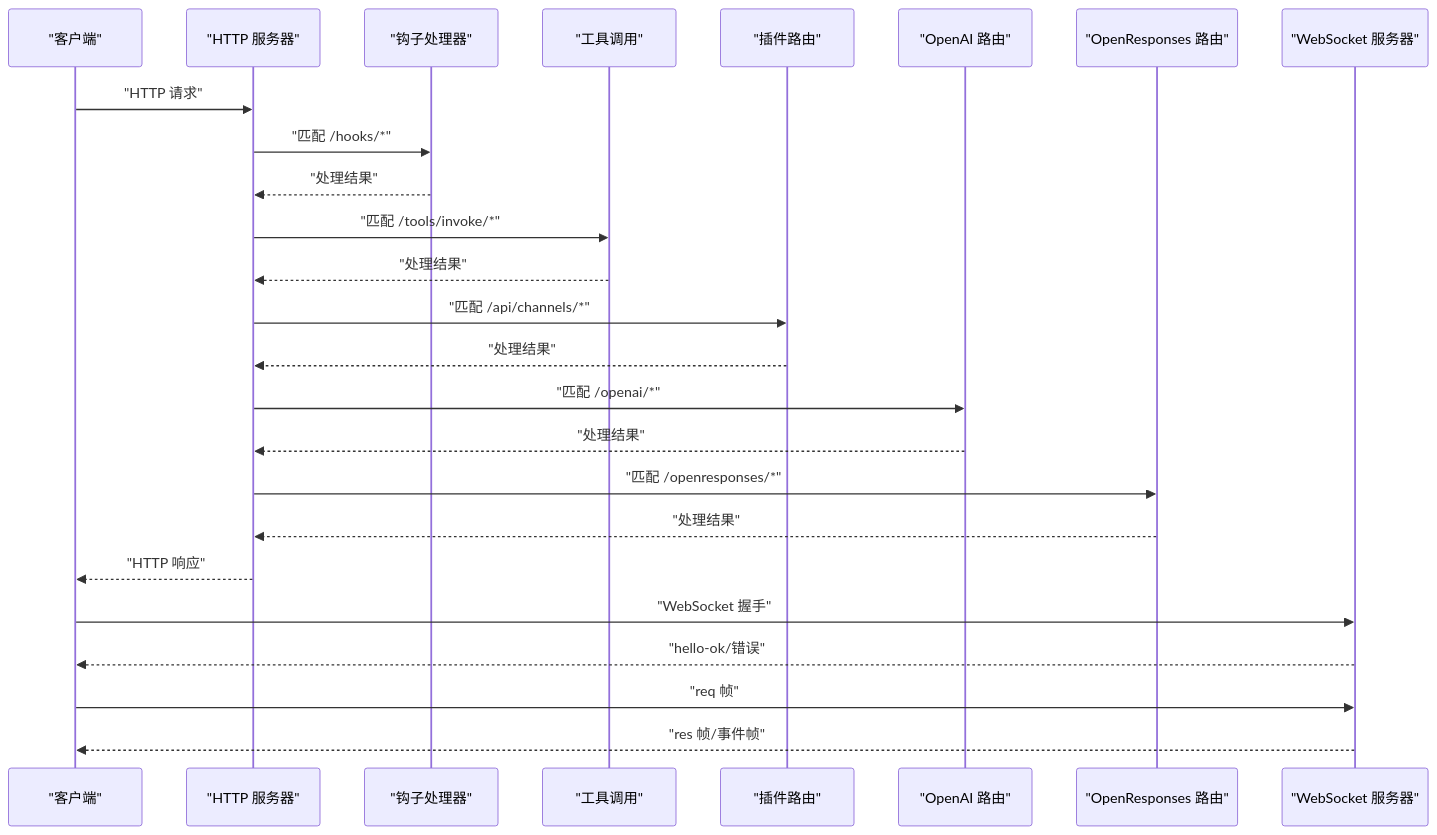
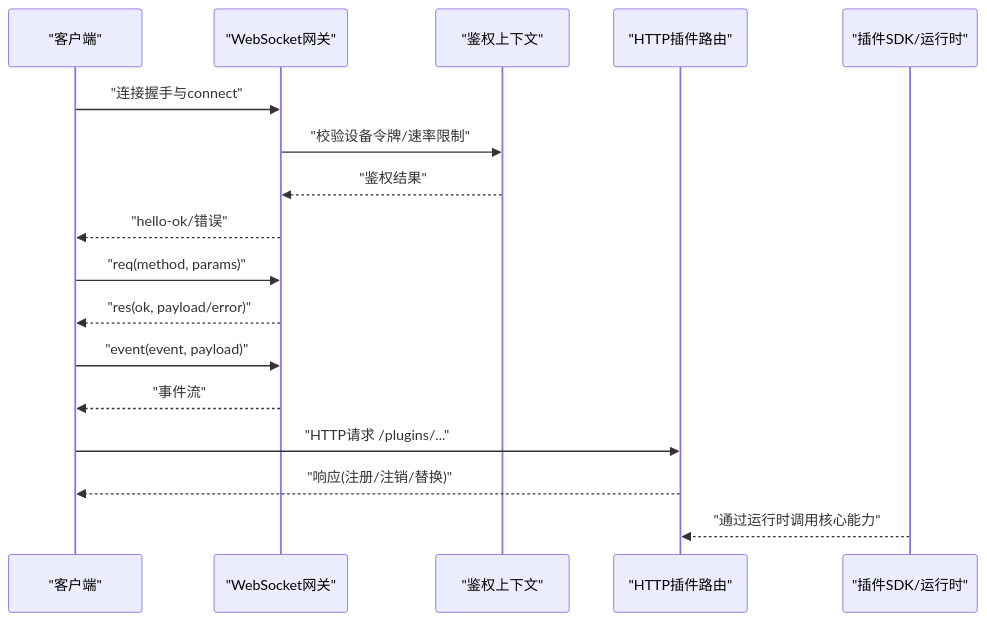
Before and after one commit to HACK-WU/openclaw: the second of 8 diagrams in .qoder/repowiki/zh/content/API参考/API参考.md, drawn with Mermaid. The commit also changed other lines of this file and 549 other files, not shown here.

````diff
--- a/.qoder/repowiki/zh/content/API参考/API参考.md
+++ b/.qoder/repowiki/zh/content/API参考/API参考.md
@@ -115,27 +154,19 @@
 ```mermaid
 sequenceDiagram
 participant Client as "客户端"
-participant HTTP as "HTTP 服务器"
-participant Hooks as "钩子处理器"
-participant Tools as "工具调用"
-participant Plugins as "插件路由"
-participant OpenAI as "OpenAI 路由"
-participant OpenResp as "OpenResponses 路由"
-participant WSServer as "WebSocket 服务器"
-Client->>HTTP : "HTTP 请求"
-HTTP->>Hooks : "匹配 /hooks/*"
-Hooks-->>HTTP : "处理结果"
-HTTP->>Tools : "匹配 /tools/invoke/*"
-Tools-->>HTTP : "处理结果"
-HTTP->>Plugins : "匹配 /api/channels/*"
-Plugins-->>HTTP : "处理结果"
-HTTP->>OpenAI : "匹配 /openai/*"
-OpenAI-->>HTTP : "处理结果"
-HTTP->>OpenResp : "匹配 /openresponses/*"
-OpenResp-->>HTTP : "处理结果"
-HTTP-->>Client : "HTTP 响应"
-Client->>WSServer : "WebSocket 握手"
-WSServer-->>Client : "hello-ok/错误"
-Client->>WSServer : "req 帧"
-WSServer-->>Client : "res 帧/事件帧"
+participant WS as "WebSocket网关"
+participant Auth as "鉴权上下文"
+participant HTTP as "HTTP插件路由"
+participant SDK as "插件SDK/运行时"
+Client->>WS : "连接握手与connect"
+WS->>Auth : "校验设备令牌/速率限制"
+Auth-->>WS : "鉴权结果"
+WS-->>Client : "hello-ok/错误"
+Client->>WS : "req(method, params)"
+WS-->>Client : "res(ok, payload/error)"
+Client->>WS : "event(event, payload)"
+WS-->>Client : "事件流"
+Client->>HTTP : "HTTP请求 /plugins/..."
+HTTP-->>Client : "响应(注册/注销/替换)"
+SDK-->>HTTP : "通过运行时调用核心能力"
 ```
````
